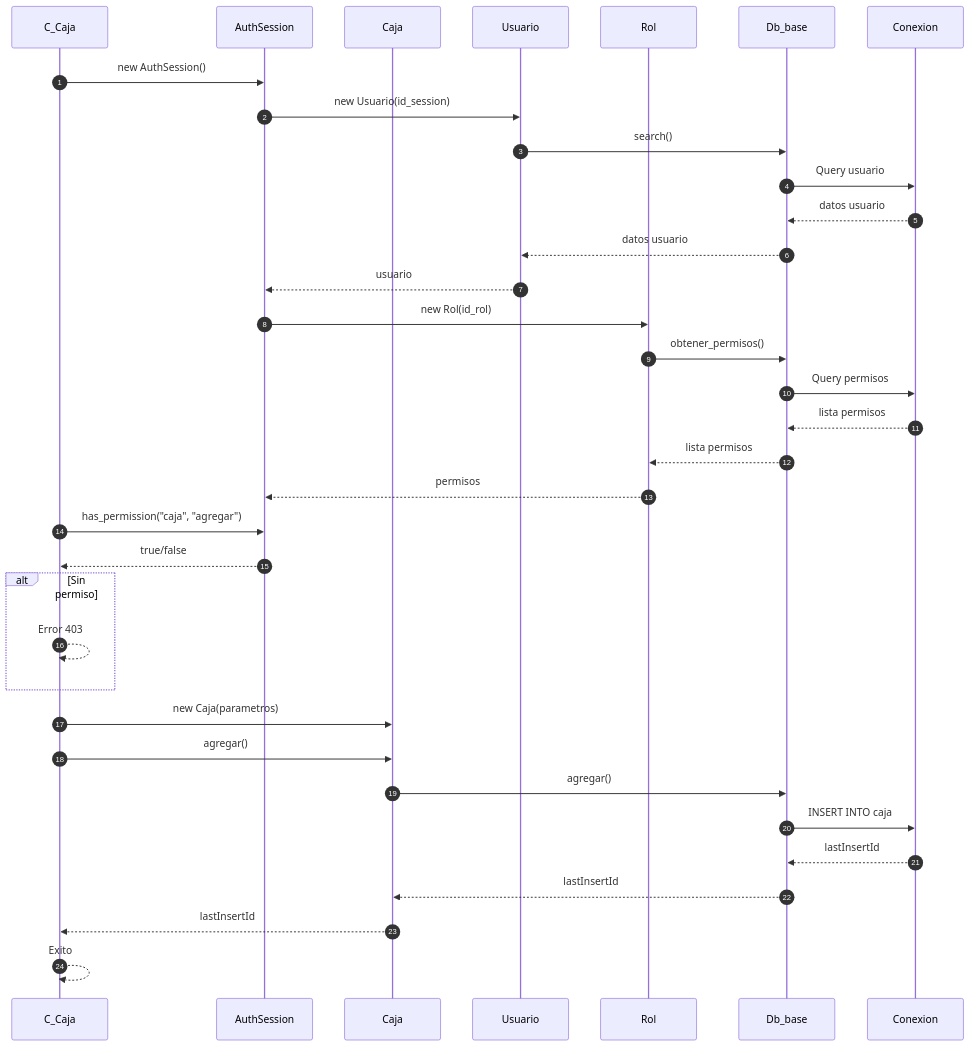
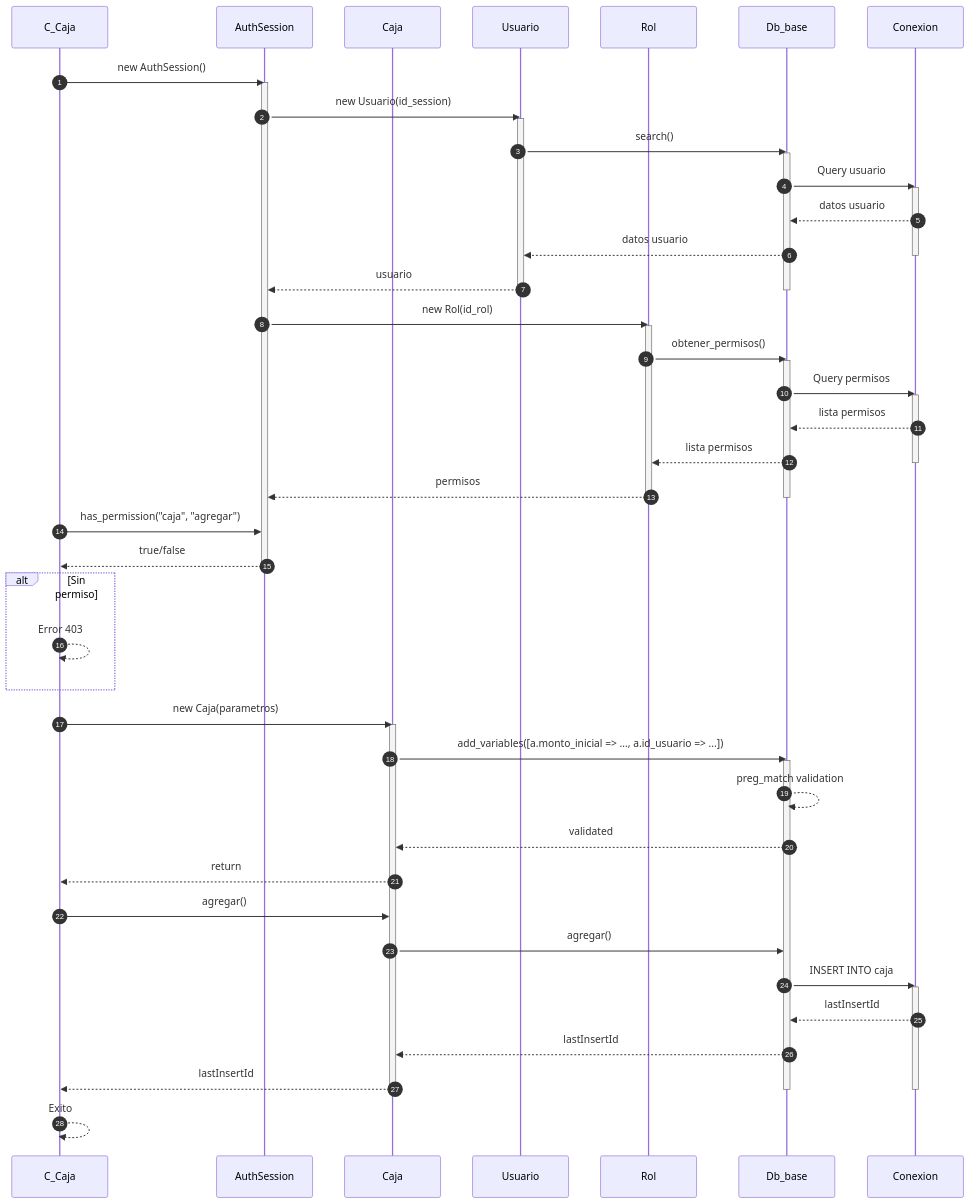
The first of 5 diagrams in docs/secuencia/caja/caja.md (Tecrato/BurgerHouse), drawn with Mermaid before and after one commit. The commit also changed other lines of this file and 16 other files, not shown here.

First line of the commit message:
Annotate mermaid sequences & throttle generator

````diff
--- a/docs/secuencia/caja/caja.md
+++ b/docs/secuencia/caja/caja.md
@@ -5,43 +5,67 @@
 ```mermaid
 sequenceDiagram
     autonumber
     participant C_Caja as C_Caja
     participant AuthSession as AuthSession
     participant Caja as Caja
     participant Usuario as Usuario
     participant Rol as Rol
     participant Db_base as Db_base
     participant Conexion as Conexion
     
     C_Caja->>AuthSession: new AuthSession()
+    activate AuthSession
     AuthSession->>Usuario: new Usuario(id_session)
+    activate Usuario
     Usuario->>Db_base: search()
+    activate Db_base
     Db_base->>Conexion: Query usuario
+    activate Conexion
     Conexion-->>Db_base: datos usuario
     Db_base-->>Usuario: datos usuario
+    deactivate Conexion
     Usuario-->>AuthSession: usuario
+    deactivate Usuario
+    deactivate Db_base
     
     AuthSession->>Rol: new Rol(id_rol)
+    activate Rol
     Rol->>Db_base: obtener_permisos()
+    activate Db_base
     Db_base->>Conexion: Query permisos
+    activate Conexion
     Conexion-->>Db_base: lista permisos
     Db_base-->>Rol: lista permisos
+    deactivate Conexion
     Rol-->>AuthSession: permisos
+    deactivate Rol
+    deactivate Db_base
     
     C_Caja->>AuthSession: has_permission("caja", "agregar")
     AuthSession-->>C_Caja: true/false
+    deactivate AuthSession
     
     alt Sin permiso
         C_Caja-->>C_Caja: Error 403
     end
     
     C_Caja->>Caja: new Caja(parametros)
+    activate Caja
+    Caja->>Db_base: add_variables([a.monto_inicial => ..., a.id_usuario => ...])
+    activate Db_base
+    Db_base-->>Db_base: preg_match validation
+    Db_base-->>Caja: validated
+    Caja-->>C_Caja: return
     C_Caja->>Caja: agregar()
     Caja->>Db_base: agregar()
     Db_base->>Conexion: INSERT INTO caja
+    activate Conexion
     Conexion-->>Db_base: lastInsertId
     Db_base-->>Caja: lastInsertId
     Caja-->>C_Caja: lastInsertId
+    deactivate Caja
+    deactivate Conexion
+    deactivate Db_base
     
     C_Caja-->>C_Caja: Exito
 ```
````
